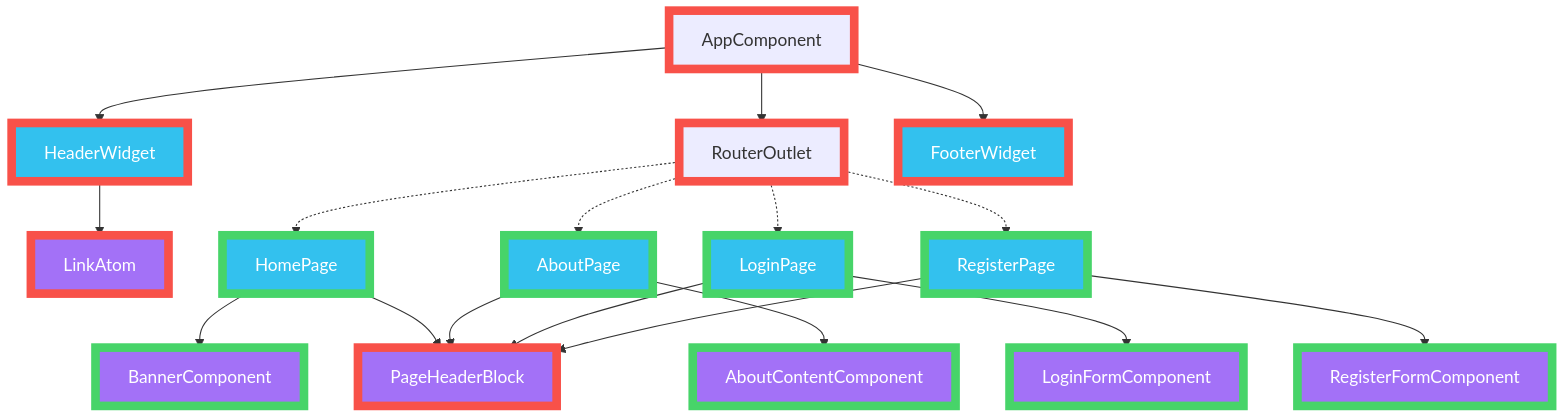
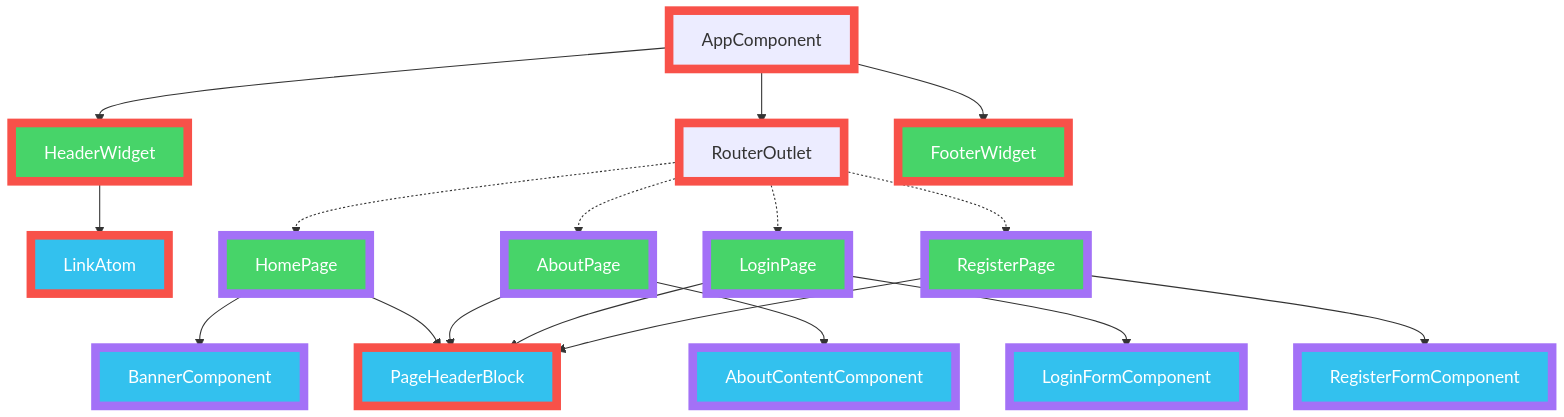
One commit to AlbertoBasalo/ng-classic-lab changed the second of 2 diagrams in docs/declarative.tree.md. Above: the diagram before and after it, drawn with Mermaid. The commit also changed other lines of this file and 12 other files, not shown here.

````diff
--- a/docs/declarative.tree.md
+++ b/docs/declarative.tree.md
@@ -31,35 +30,35 @@
 ```mermaid
 graph TD
     AppComponent --> HeaderWidget
     HeaderWidget --> LinkAtom
     AppComponent --> RouterOutlet
     AppComponent --> FooterWidget
 
     RouterOutlet -.-> HomePage
     HomePage --> BannerComponent
     HomePage --> PageHeaderBlock
 
     RouterOutlet -.-> AboutPage
     AboutPage --> PageHeaderBlock
     AboutPage --> AboutContentComponent
 
     RouterOutlet -.-> LoginPage
     LoginPage --> PageHeaderBlock
     LoginPage --> LoginFormComponent
 
     RouterOutlet -.-> RegisterPage
     RegisterPage --> PageHeaderBlock
     RegisterPage --> RegisterFormComponent
 
 
-    classDef smart fill:#33c1ee,stroke:#333,stroke-width:2px,color:#fff;
+    classDef smart fill:#47d469,stroke:#333,stroke-width:2px,color:#fff;
     class HomePage,AboutPage,LoginPage,RegisterPage,HeaderWidget,FooterWidget smart;
-    classDef dumb fill:#a371f7,stroke:#333,stroke-width:2px,color:#fff;
+    classDef dumb fill:#33c1ee,stroke:#333,stroke-width:2px,color:#fff;
     class LinkAtom,PageHeaderBlock,BannerComponent,AboutContentComponent,LoginFormComponent,RegisterFormComponent dumb;
     classDef eager stroke:#f85149,stroke-width:8px;
     class AppComponent,RouterOutlet,HeaderWidget,FooterWidget,LinkAtom,PageHeaderBlock eager;
-    classDef lazy stroke:#47d469,stroke-width:8px;
+    classDef lazy stroke:#a371f7,stroke-width:8px;
     class HomePage,AboutPage,LoginPage,RegisterPage,BannerComponent,AboutContentComponent,LoginFormComponent,RegisterFormComponent lazy;
 
 
 ```
````
